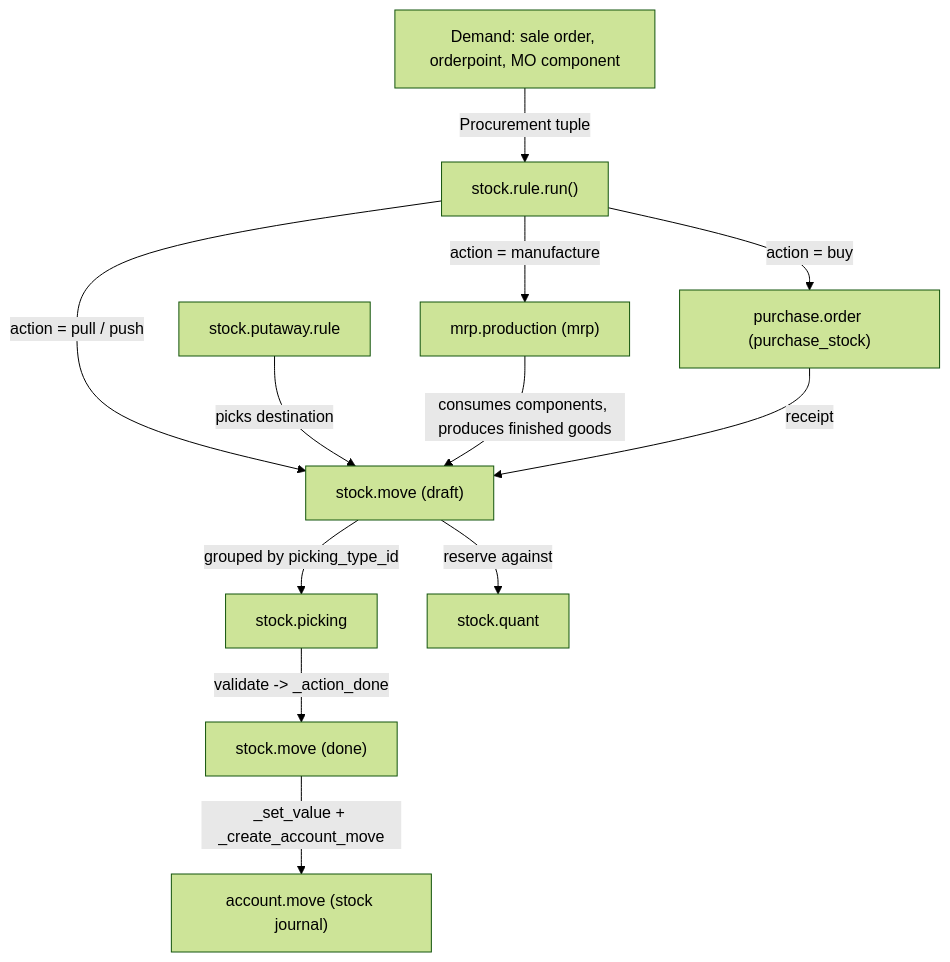
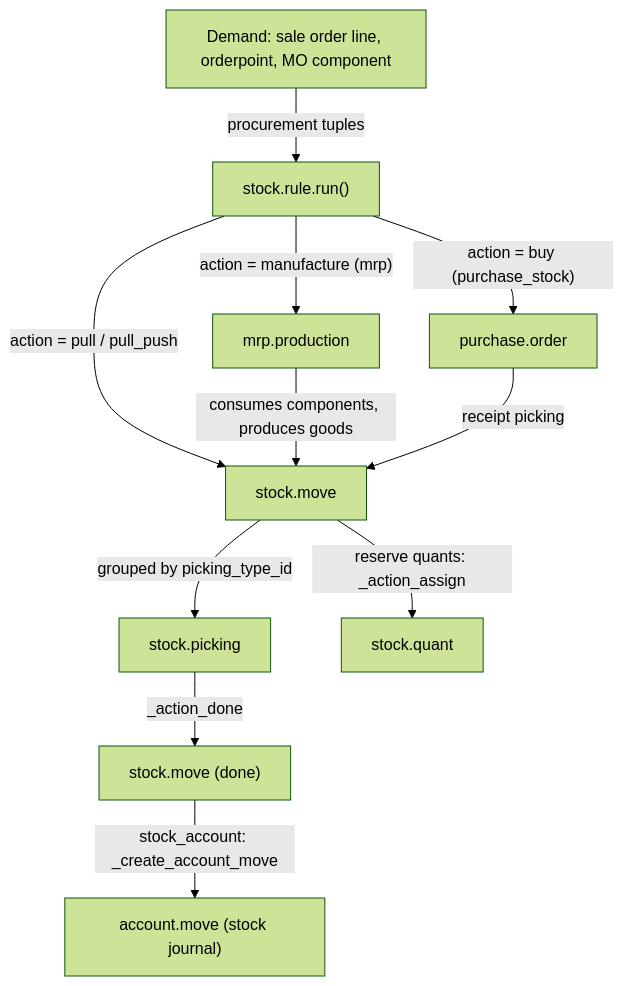
Before and after one commit to blitzy-public-samples/odoo: the diagram in droid-wiki/apps/inventory-and-manufacturing.md, drawn with Mermaid (forest theme). The commit also changed other lines of this file and 78 other files, not shown here.

````diff
--- a/droid-wiki/apps/inventory-and-manufacturing.md
+++ b/droid-wiki/apps/inventory-and-manufacturing.md
@@ -57,14 +81,13 @@
 ```mermaid
 graph TD
-  demand["Demand: sale order, orderpoint, MO component"] -->|"Procurement tuple"| rule["stock.rule.run()"]
-  rule -->|"action = pull / push"| move["stock.move (draft)"]
-  rule -->|"action = buy"| po["purchase.order (purchase_stock)"]
-  rule -->|"action = manufacture"| mo["mrp.production (mrp)"]
+  demand["Demand: sale order line, orderpoint, MO component"] -->|"procurement tuples"| run["stock.rule.run()"]
+  run -->|"action = pull / pull_push"| move["stock.move"]
+  run -->|"action = buy (purchase_stock)"| po["purchase.order"]
+  run -->|"action = manufacture (mrp)"| mo["mrp.production"]
   move -->|"grouped by picking_type_id"| picking["stock.picking"]
-  move -->|"reserve against"| quant["stock.quant"]
-  putaway["stock.putaway.rule"] -->|"picks destination"| move
-  picking -->|"validate -> _action_done"| done["stock.move (done)"]
-  done -->|"_set_value + _create_account_move"| aml["account.move (stock journal)"]
-  mo -->|"consumes components, produces finished goods"| move
-  po -->|"receipt"| move
+  move -->|"reserve quants: _action_assign"| quant["stock.quant"]
+  picking -->|"_action_done"| done["stock.move (done)"]
+  done -->|"stock_account: _create_account_move"| amove["account.move (stock journal)"]
+  mo -->|"consumes components, produces goods"| move
+  po -->|"receipt picking"| move
 ```
````
